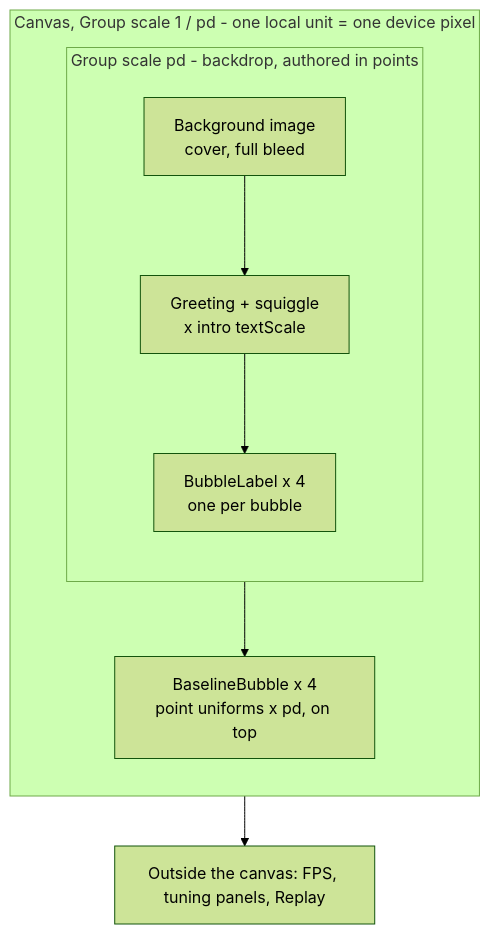
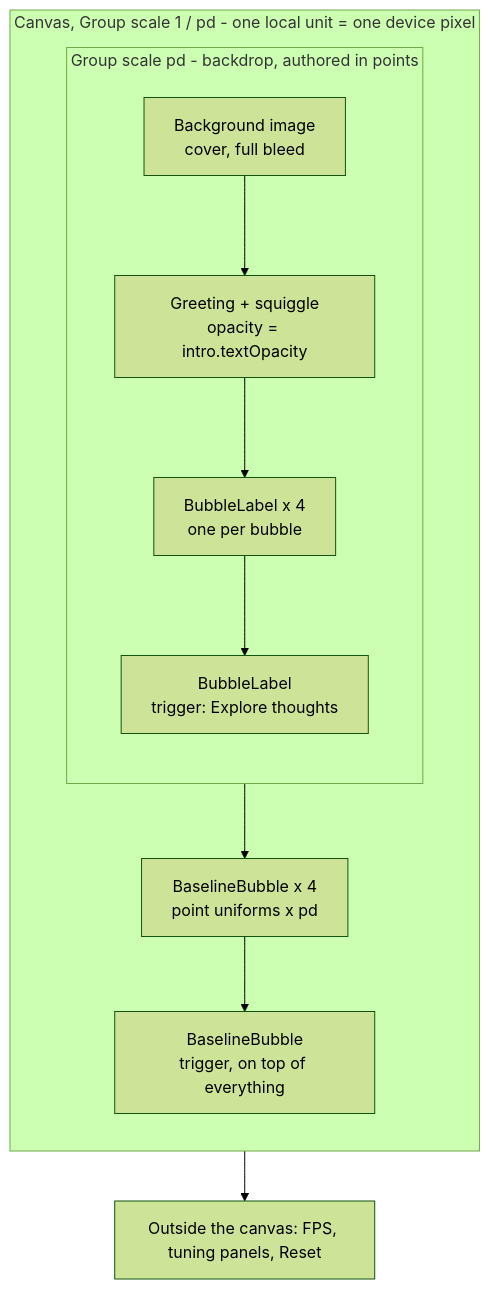
The second of 2 diagrams in src/components/liquid-bubbles-multi/README.md (ImCitizen13/quattro4maggi), drawn with Mermaid (forest theme) before and after one commit. The commit also changed other lines of this file and 5 other files, not shown here.

````diff
--- a/src/components/liquid-bubbles-multi/README.md
+++ b/src/components/liquid-bubbles-multi/README.md
@@ -54,16 +67,18 @@
 ```mermaid
 flowchart TD
     subgraph CANVAS["Canvas, Group scale 1 / pd - one local unit = one device pixel"]
         direction TB
         subgraph PTS["Group scale pd - backdrop, authored in points"]
             direction TB
             BG["Background image<br/>cover, full bleed"]
-            GREET["Greeting + squiggle<br/>x intro textScale"]
+            GREET["Greeting + squiggle<br/>opacity = intro.textOpacity"]
             LABELS["BubbleLabel x 4<br/>one per bubble"]
-            BG --> GREET --> LABELS
+            TRIGLABEL["BubbleLabel<br/>trigger: Explore thoughts"]
+            BG --> GREET --> LABELS --> TRIGLABEL
         end
-        PASSES["BaselineBubble x 4<br/>point uniforms x pd, on top"]
-        PTS --> PASSES
+        PASSES["BaselineBubble x 4<br/>point uniforms x pd"]
+        TRIGPASS["BaselineBubble<br/>trigger, on top of everything"]
+        PTS --> PASSES --> TRIGPASS
     end
-    CANVAS --> OVERLAY["Outside the canvas: FPS, tuning panels, Replay"]
+    CANVAS --> OVERLAY["Outside the canvas: FPS, tuning panels, Reset"]
 ```
````
